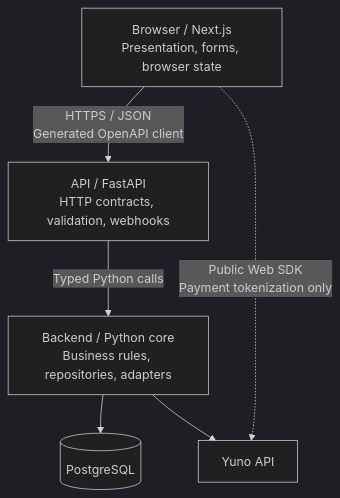
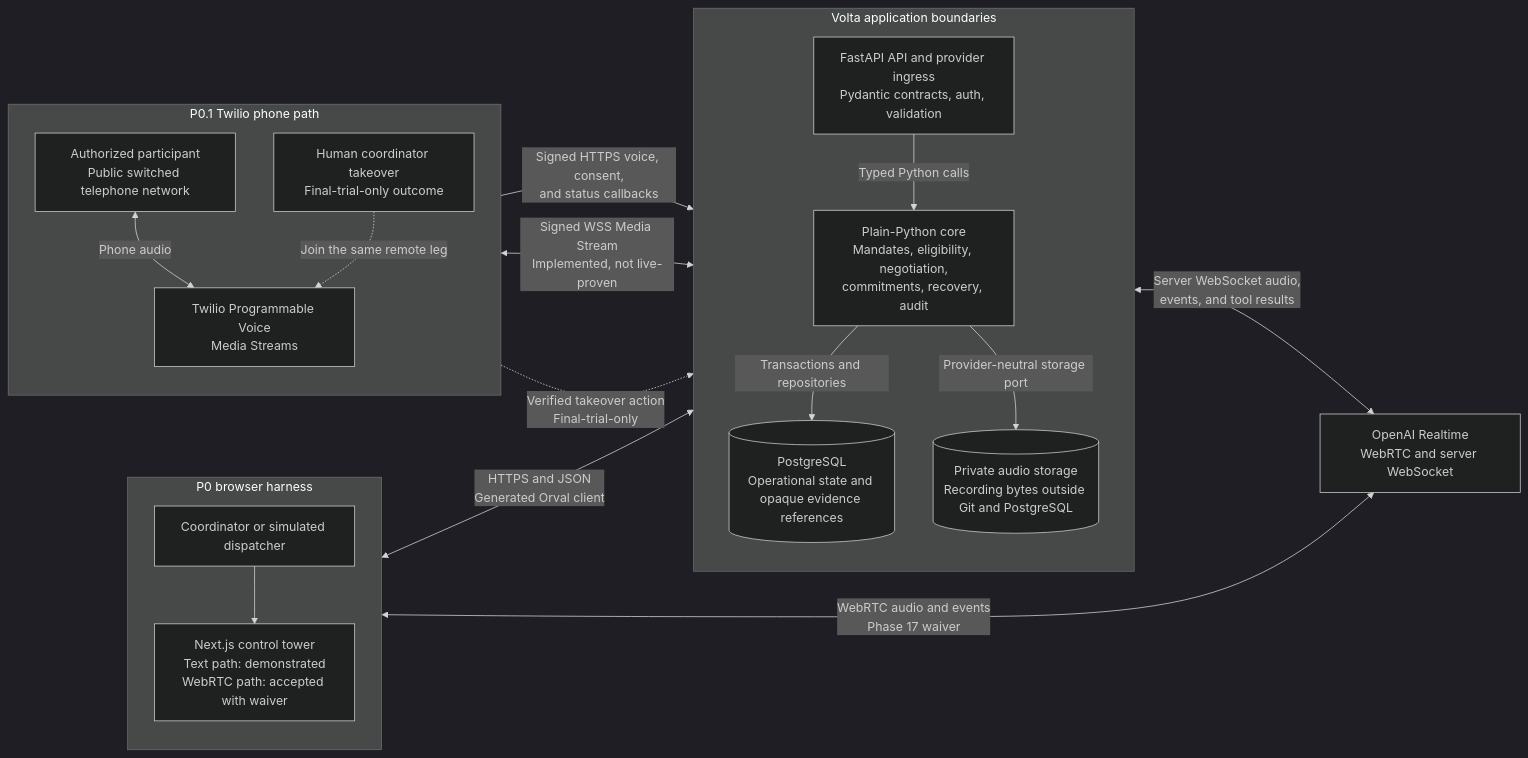
Before and after one commit to rmcosta-lab/yuno-kickstart: the diagram in docs/architecture.md, drawn with Mermaid (dark theme). The commit also changed other lines of this file and 7 other files, not shown here.

````diff
--- a/docs/architecture.md
+++ b/docs/architecture.md
@@ -9,14 +9,38 @@
 ```mermaid
-flowchart TB
-    browser["Browser / Next.js<br/>Presentation, forms, browser state"]
-    api["API / FastAPI<br/>HTTP contracts, validation, webhooks"]
-    core["Backend / Python core<br/>Business rules, repositories, adapters"]
-    postgres[(PostgreSQL)]
-    yuno["Yuno API"]
+flowchart LR
+    subgraph p0["P0 browser harness"]
+        direction TB
+        operator["Coordinator or simulated dispatcher"]
+        browser["Next.js control tower<br/>Text path: demonstrated<br/>WebRTC path: accepted with waiver"]
+        operator --> browser
+    end
 
-    browser -->|"HTTPS / JSON<br/>Generated OpenAPI client"| api
-    api -->|"Typed Python calls"| core
-    core --> postgres
-    core --> yuno
-    browser -.->|"Public Web SDK<br/>Payment tokenization only"| yuno
+    subgraph app["Volta application boundaries"]
+        direction TB
+        api["FastAPI API and provider ingress<br/>Pydantic contracts, auth, validation"]
+        core["Plain-Python core<br/>Mandates, eligibility, negotiation,<br/>commitments, recovery, audit"]
+        postgres[("PostgreSQL<br/>Operational state and opaque evidence references")]
+        audio[("Private audio storage<br/>Recording bytes outside Git and PostgreSQL")]
+        api -->|"Typed Python calls"| core
+        core -->|"Transactions and repositories"| postgres
+        core -->|"Provider-neutral storage port"| audio
+    end
+
+    realtime["OpenAI Realtime<br/>WebRTC and server WebSocket"]
+
+    subgraph p01["P0.1 Twilio phone path"]
+        direction TB
+        participant["Authorized participant<br/>Public switched telephone network"]
+        twilio["Twilio Programmable Voice<br/>Media Streams"]
+        takeover["Human coordinator takeover<br/>Final-trial-only outcome"]
+        participant <-->|"Phone audio"| twilio
+        takeover -.->|"Join the same remote leg"| twilio
+    end
+
+    browser <-->|"HTTPS and JSON<br/>Generated Orval client"| api
+    browser <-->|"WebRTC audio and events<br/>Phase 17 waiver"| realtime
+    twilio -->|"Signed HTTPS voice, consent,<br/>and status callbacks"| api
+    twilio <-->|"Signed WSS Media Stream<br/>Implemented, not live-proven"| api
+    api <-->|"Server WebSocket audio,<br/>events, and tool results"| realtime
+    takeover -.->|"Verified takeover action<br/>Final-trial-only"| api
 ```
````
